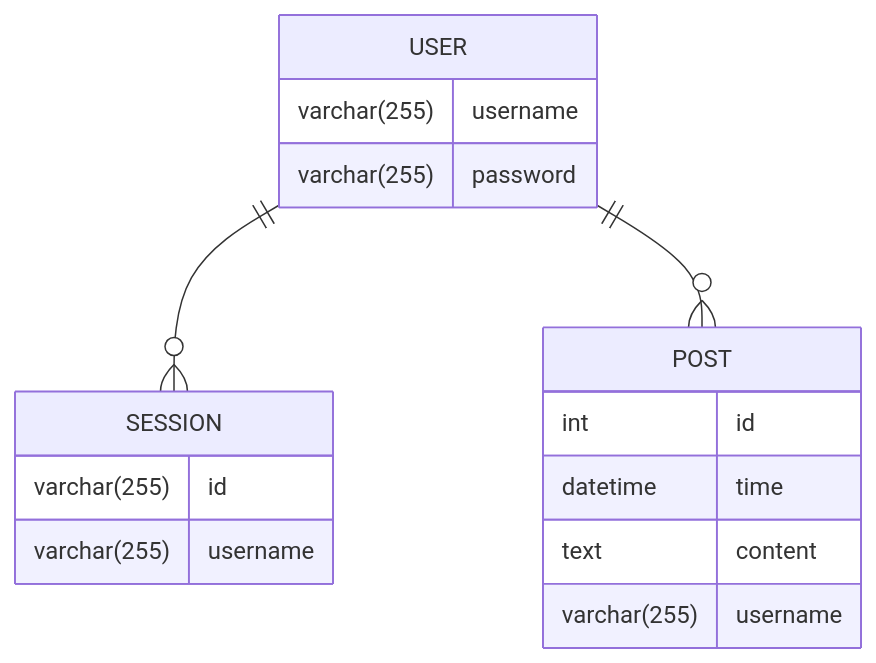
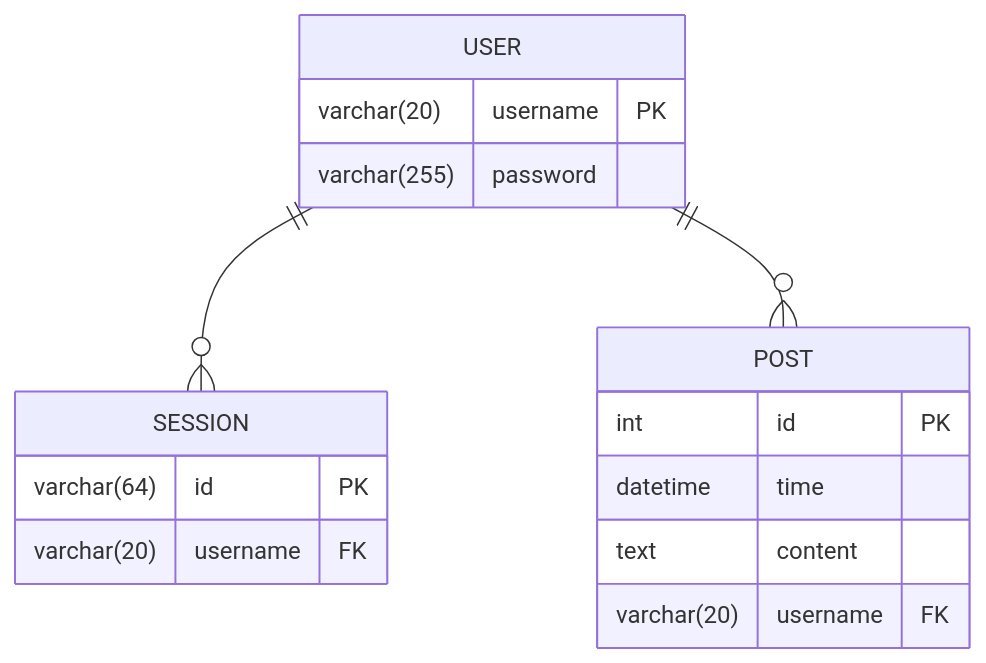
Before and after one commit to Heliodex/Advanced-Higher: the diagram in docs/Design.md, drawn with Mermaid. The commit also changed other lines of this file and 9 other files, not shown here.

````diff
--- a/docs/Design.md
+++ b/docs/Design.md
@@ -89,19 +137,19 @@
 ```mermaid
 erDiagram
 USER {
-	varchar(255) username
+	varchar(20) username PK
 	varchar(255) password
 }
 SESSION {
-	varchar(255) id
-	varchar(255) username
+	varchar(64) id PK
+	varchar(20) username FK
 }
 POST {
-	int id
+	int id PK
 	datetime time
 	text content
-	varchar(255) username
+	varchar(20) username FK
 }
 USER ||--o{ SESSION: ""
 USER ||--o{ POST: ""
 ```
````
